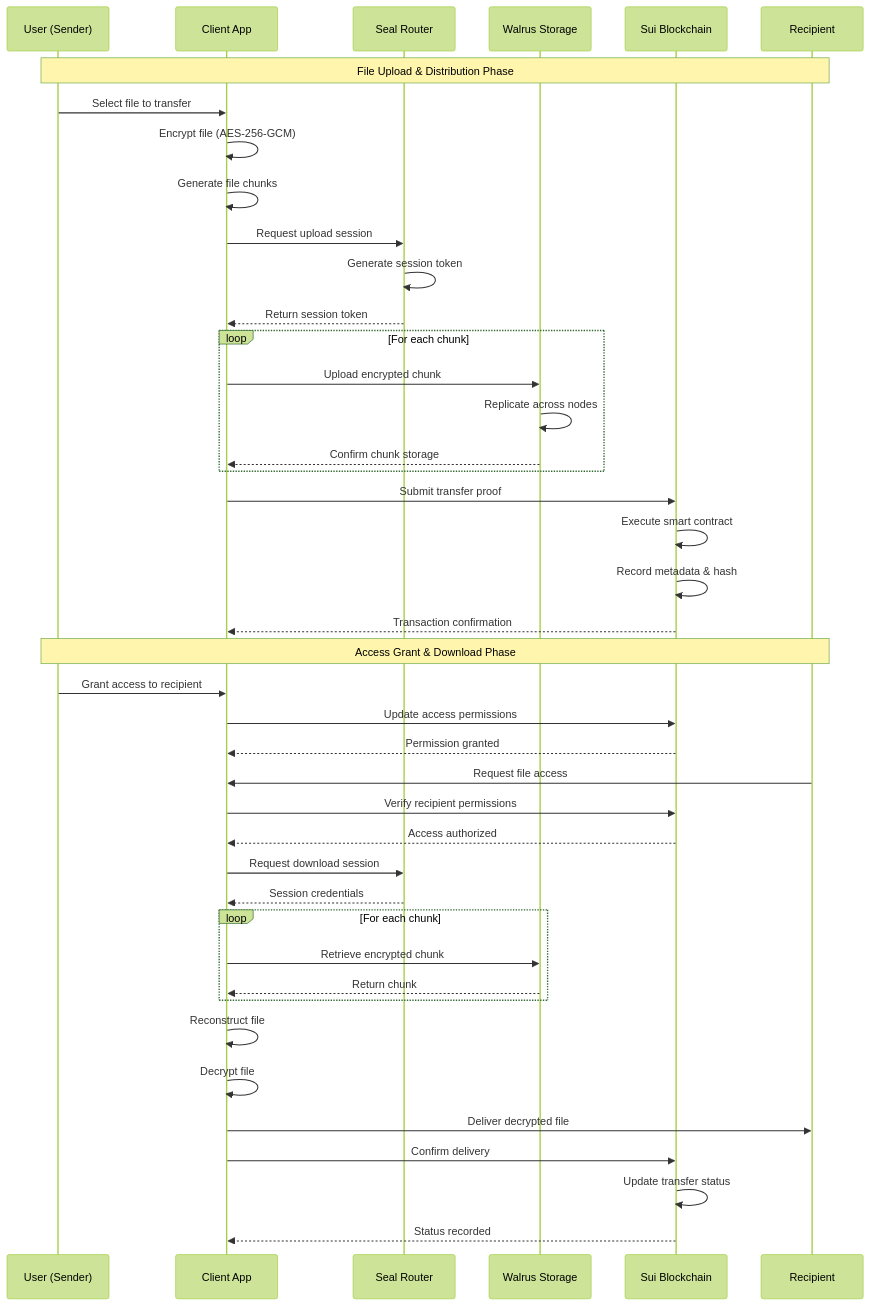
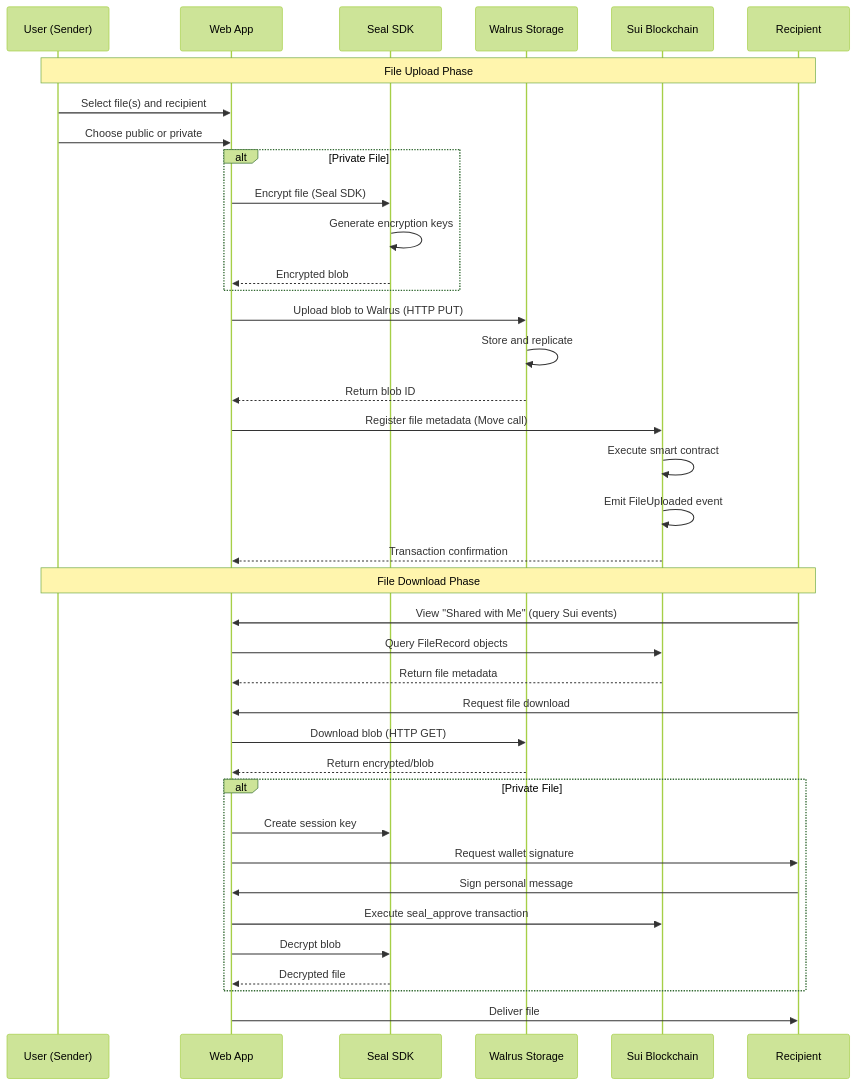
The diagram in web/README.md (ChilliRoger/DeTransfer), drawn with Mermaid (forest theme) before and after one commit. The commit also changed other lines of this file and 11 other files, not shown here.

Commit message:
Chore: Added Move Contracts Feat: Created Download page for public files

````diff
--- a/web/README.md
+++ b/web/README.md
@@ -143,53 +138,48 @@
 ```mermaid
 sequenceDiagram
     participant U as User (Sender)
-    participant C as Client App
-    participant S as Seal Router
+    participant C as Web App
+    participant S as Seal SDK
     participant W as Walrus Storage
     participant B as Sui Blockchain
     participant R as Recipient
 
-    Note over U,R: File Upload & Distribution Phase
-    U->>C: Select file to transfer
-    C->>C: Encrypt file (AES-256-GCM)
-    C->>C: Generate file chunks
-    C->>S: Request upload session
-    S->>S: Generate session token
-    S-->>C: Return session token
+    Note over U,R: File Upload Phase
+    U->>C: Select file(s) and recipient
+    U->>C: Choose public or private
     
-    loop For each chunk
-        C->>W: Upload encrypted chunk
-        W->>W: Replicate across nodes
-        W-->>C: Confirm chunk storage
+    alt Private File
+        C->>S: Encrypt file (Seal SDK)
+        S->>S: Generate encryption keys
+        S-->>C: Encrypted blob
     end
     
-    C->>B: Submit transfer proof
+    C->>W: Upload blob to Walrus (HTTP PUT)
+    W->>W: Store and replicate
+    W-->>C: Return blob ID
+    
+    C->>B: Register file metadata (Move call)
     B->>B: Execute smart contract
-    B->>B: Record metadata & hash
+    B->>B: Emit FileUploaded event
     B-->>C: Transaction confirmation
     
-    Note over U,R: Access Grant & Download Phase
-    U->>C: Grant access to recipient
-    C->>B: Update access permissions
-    B-->>C: Permission granted
+    Note over U,R: File Download Phase
+    R->>C: View "Shared with Me" (query Sui events)
+    C->>B: Query FileRecord objects
+    B-->>C: Return file metadata
     
-    R->>C: Request file access
-    C->>B: Verify recipient permissions
-    B-->>C: Access authorized
+    R->>C: Request file download
+    C->>W: Download blob (HTTP GET)
+    W-->>C: Return encrypted/blob
     
-    C->>S: Request download session
-    S-->>C: Session credentials
-    
-    loop For each chunk
-        C->>W: Retrieve encrypted chunk
-        W-->>C: Return chunk
+    alt Private File
+        C->>S: Create session key
+        C->>R: Request wallet signature
+        R->>C: Sign personal message
+        C->>B: Execute seal_approve transaction
+        C->>S: Decrypt blob
+        S-->>C: Decrypted file
     end
     
-    C->>C: Reconstruct file
-    C->>C: Decrypt file
-    C->>R: Deliver decrypted file
-    
-    C->>B: Confirm delivery
-    B->>B: Update transfer status
-    B-->>C: Status recorded
+    C->>R: Deliver file
 ```
````
